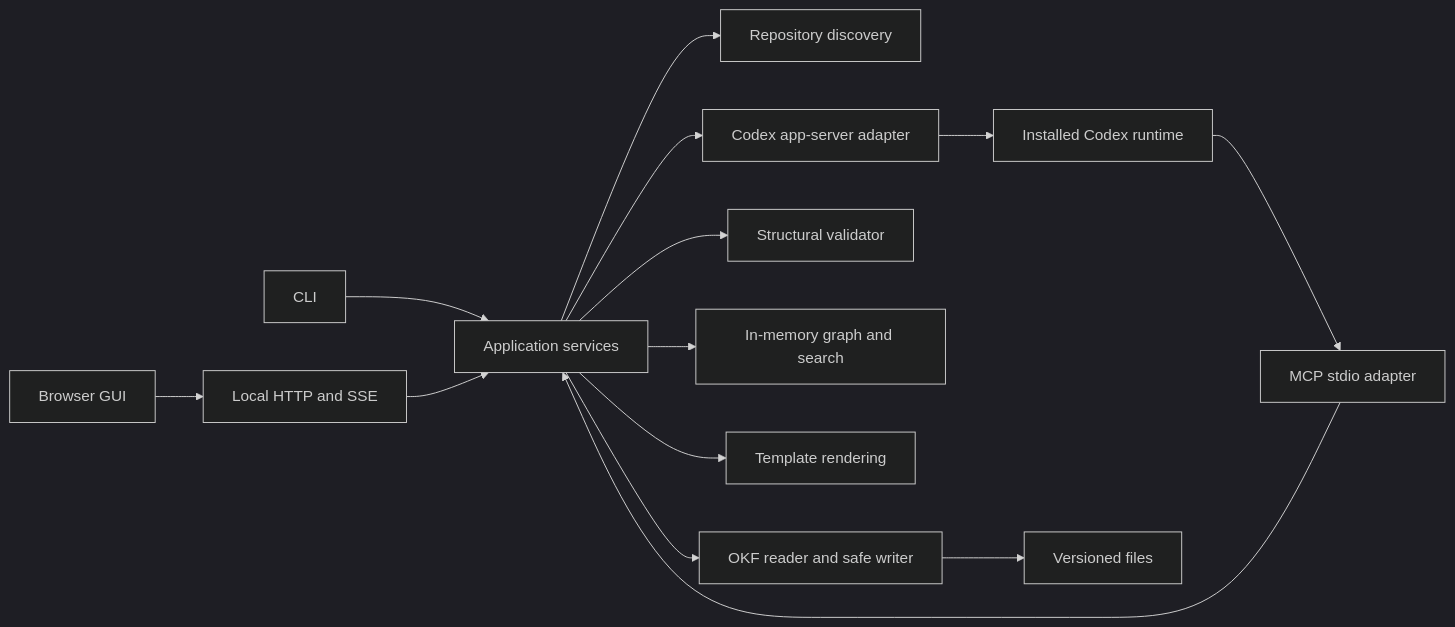
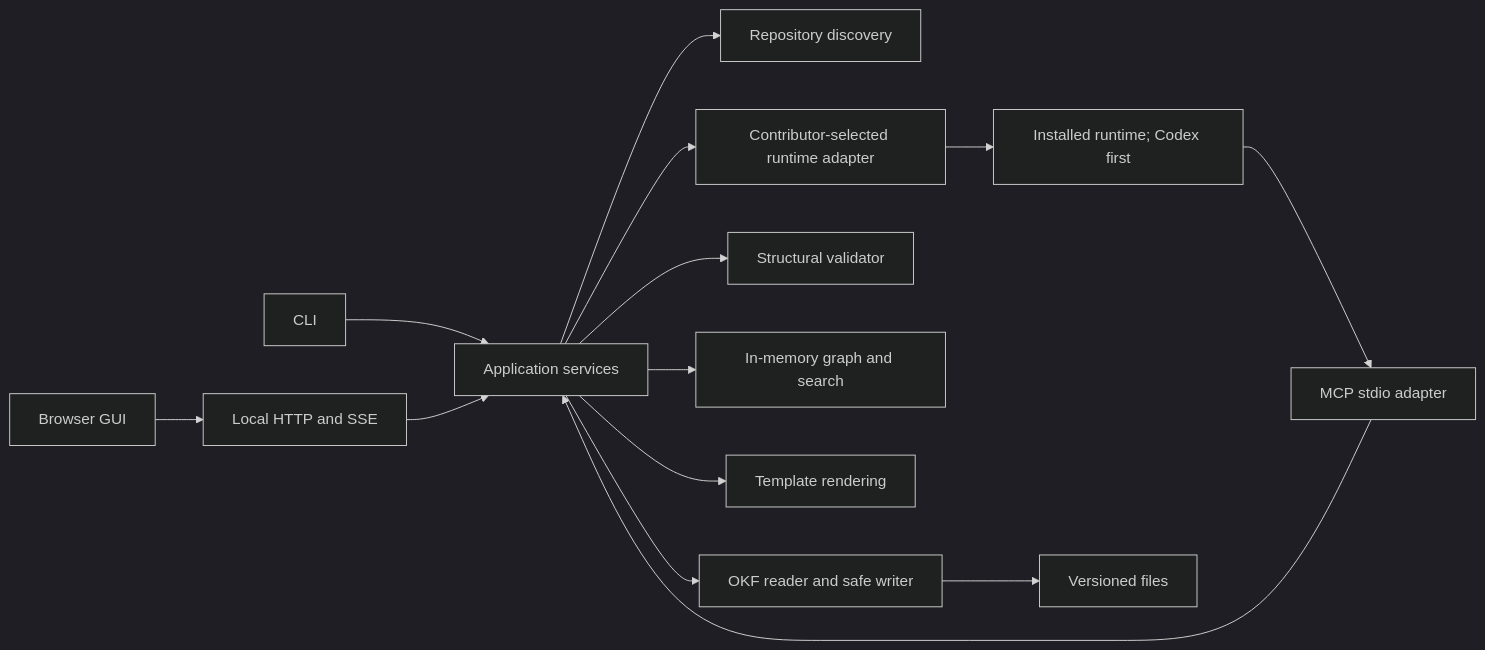
The diagram in factory/designs/architecture.md (tclasen/factoryctl), drawn with Mermaid (dark theme) before and after one commit. The commit also changed other lines of this file and 26 other files, not shown here.

````diff
--- a/factory/designs/architecture.md
+++ b/factory/designs/architecture.md
@@ -26,16 +26,16 @@
 ```mermaid
 flowchart LR
   CLI[CLI] --> APP[Application services]
   GUI[Browser GUI] --> HTTP[Local HTTP and SSE]
   HTTP --> APP
   MCP[MCP stdio adapter] --> APP
   APP --> DISC[Repository discovery]
   APP --> STORE[OKF reader and safe writer]
   APP --> VALID[Structural validator]
   APP --> GRAPH[In-memory graph and search]
   APP --> TMPL[Template rendering]
-  APP --> CODEX[Codex app-server adapter]
-  CODEX --> HARNESS[Installed Codex runtime]
+  APP --> RUNTIME[Contributor-selected runtime adapter]
+  RUNTIME --> HARNESS[Installed runtime; Codex first]
   HARNESS --> MCP
   STORE --> FILES[Versioned files]
 ```
````
